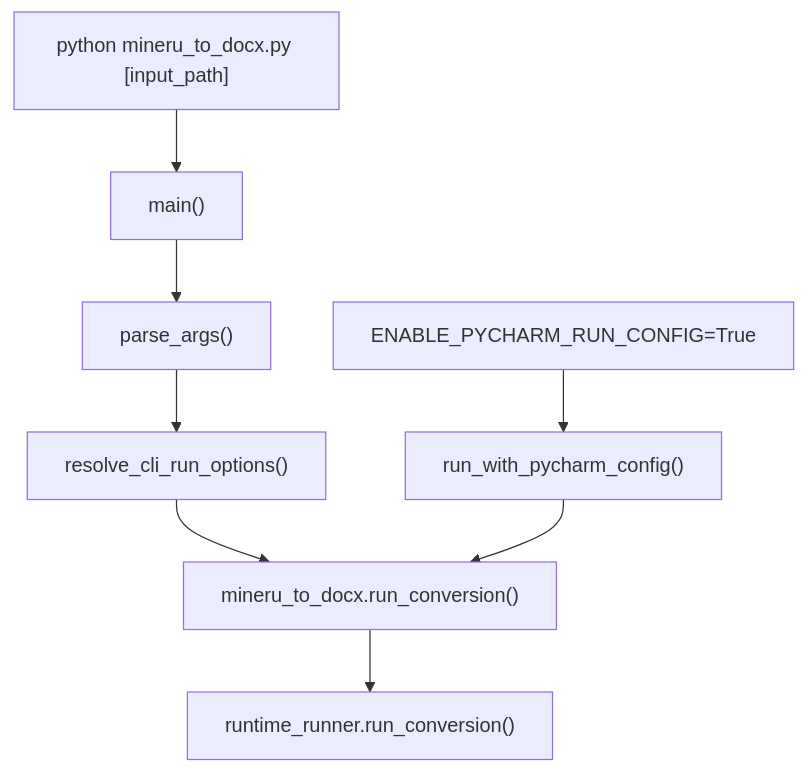
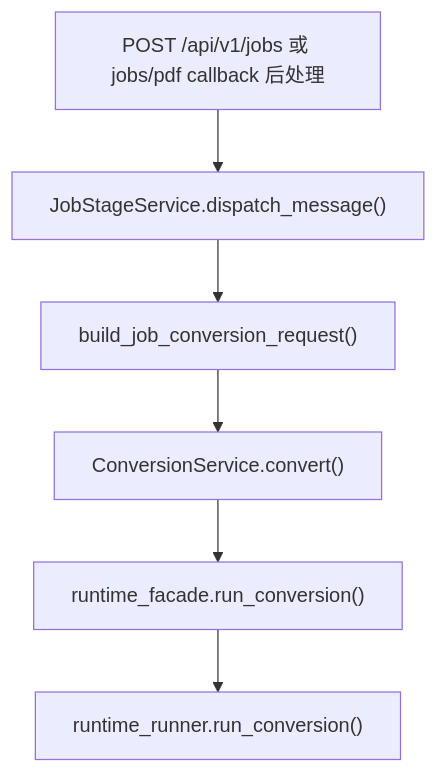
Before and after one commit to ccisnoxx/md2word: the first of 7 diagrams in .codestable/architecture/conversion-flow.md, drawn with Mermaid. The commit also changed other lines of this file and 176 other files, not shown here.

````diff
--- a/.codestable/architecture/conversion-flow.md
+++ b/.codestable/architecture/conversion-flow.md
@@ -17,10 +17,8 @@
 ```mermaid
 flowchart TD
-    A["python mineru_to_docx.py [input_path]"] --> B["main()"]
-    C["ENABLE_PYCHARM_RUN_CONFIG=True"] --> D["run_with_pycharm_config()"]
-    B --> E["parse_args()"]
-    E --> F["resolve_cli_run_options()"]
-    F --> G["mineru_to_docx.run_conversion()"]
-    D --> G
-    G --> H["runtime_runner.run_conversion()"]
+    A["POST /api/v1/jobs 或 jobs/pdf callback 后处理"] --> B["JobStageService.dispatch_message()"]
+    B --> C["build_job_conversion_request()"]
+    C --> D["ConversionService.convert()"]
+    D --> E["runtime_facade.run_conversion()"]
+    E --> F["runtime_runner.run_conversion()"]
 ```
````
